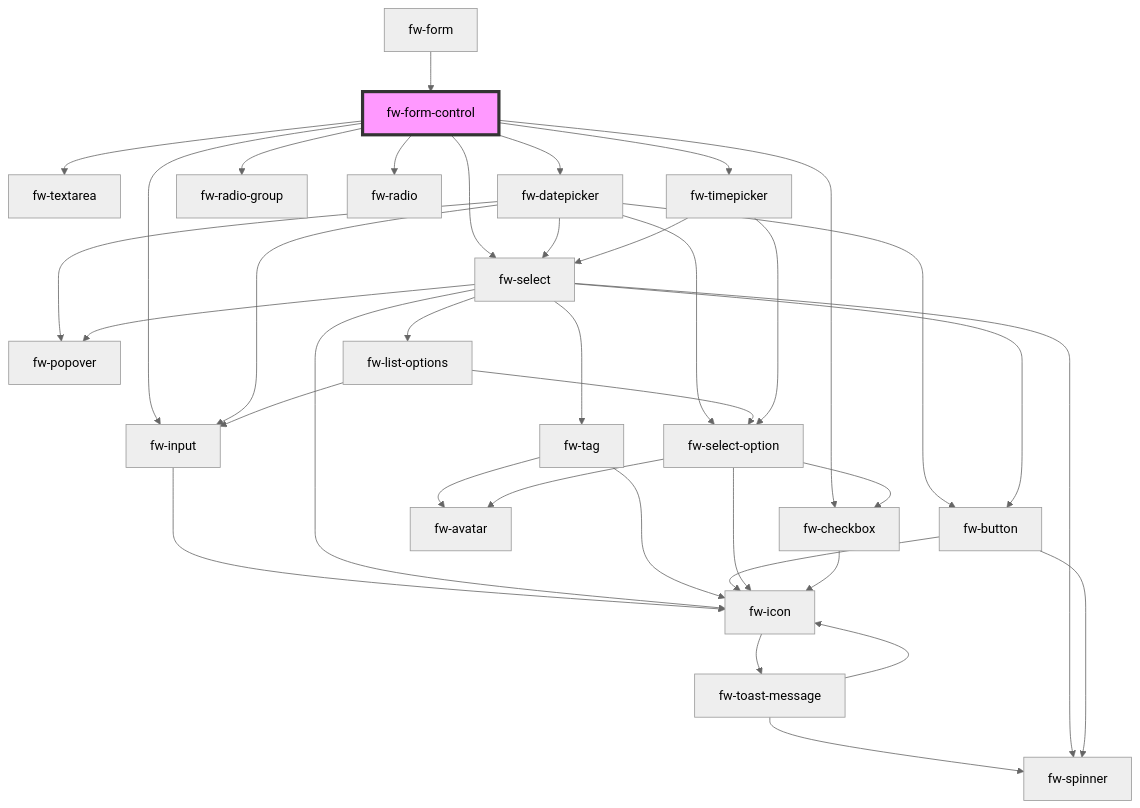
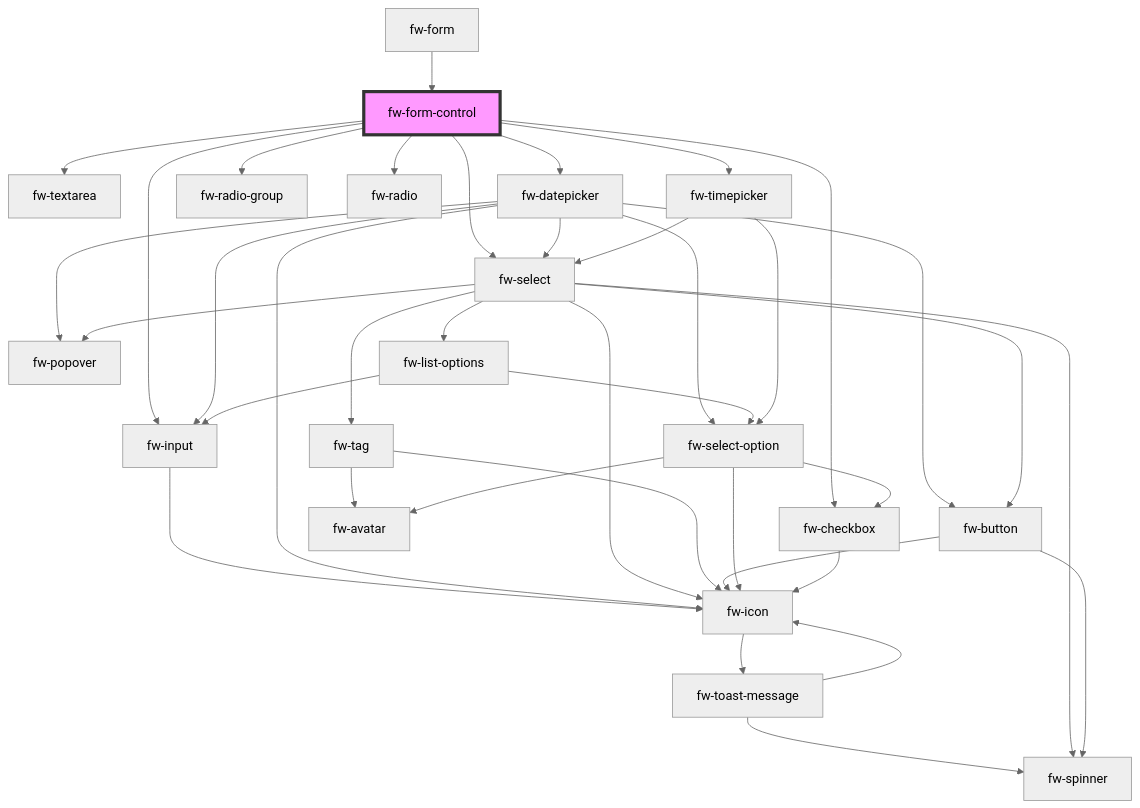
One commit to freshworks/crayons changed the diagram in packages/crayons-core/src/components/form-control/readme.md. Above: the diagram before and after it, drawn with Mermaid (neutral theme). The commit also changed 3 other files, not shown here.

````diff
--- a/packages/crayons-core/src/components/form-control/readme.md
+++ b/packages/crayons-core/src/components/form-control/readme.md
@@ -57,40 +57,41 @@
 ```mermaid
 graph TD;
   fw-form-control --> fw-input
   fw-form-control --> fw-textarea
   fw-form-control --> fw-datepicker
   fw-form-control --> fw-checkbox
   fw-form-control --> fw-radio-group
   fw-form-control --> fw-radio
   fw-form-control --> fw-select
   fw-form-control --> fw-timepicker
   fw-input --> fw-icon
   fw-icon --> fw-toast-message
   fw-toast-message --> fw-spinner
   fw-toast-message --> fw-icon
   fw-datepicker --> fw-popover
   fw-datepicker --> fw-input
+  fw-datepicker --> fw-icon
   fw-datepicker --> fw-select
   fw-datepicker --> fw-select-option
   fw-datepicker --> fw-button
   fw-select --> fw-tag
   fw-select --> fw-popover
   fw-select --> fw-button
   fw-select --> fw-spinner
   fw-select --> fw-icon
   fw-select --> fw-list-options
   fw-tag --> fw-avatar
   fw-tag --> fw-icon
   fw-button --> fw-spinner
   fw-button --> fw-icon
   fw-list-options --> fw-select-option
   fw-list-options --> fw-input
   fw-select-option --> fw-icon
   fw-select-option --> fw-checkbox
   fw-select-option --> fw-avatar
   fw-checkbox --> fw-icon
   fw-timepicker --> fw-select
   fw-timepicker --> fw-select-option
   fw-form --> fw-form-control
   style fw-form-control fill:#f9f,stroke:#333,stroke-width:4px
 ```
````
